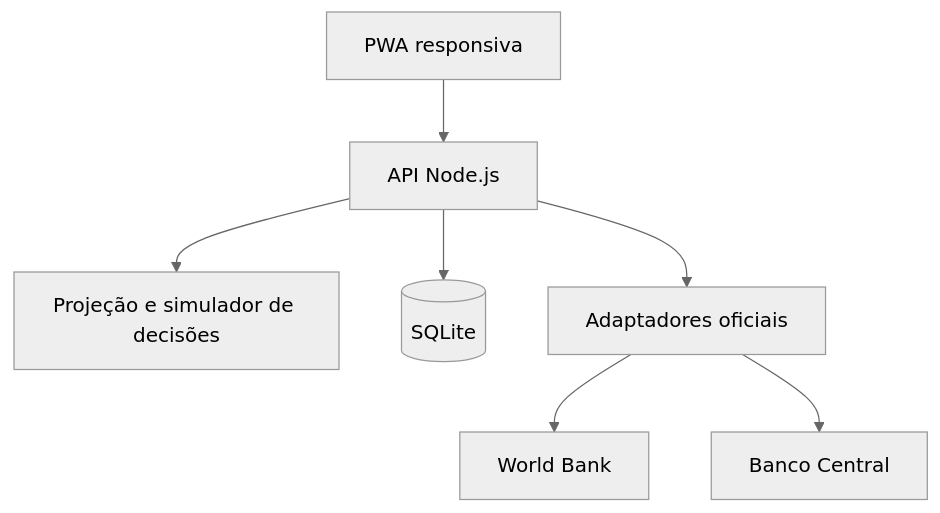
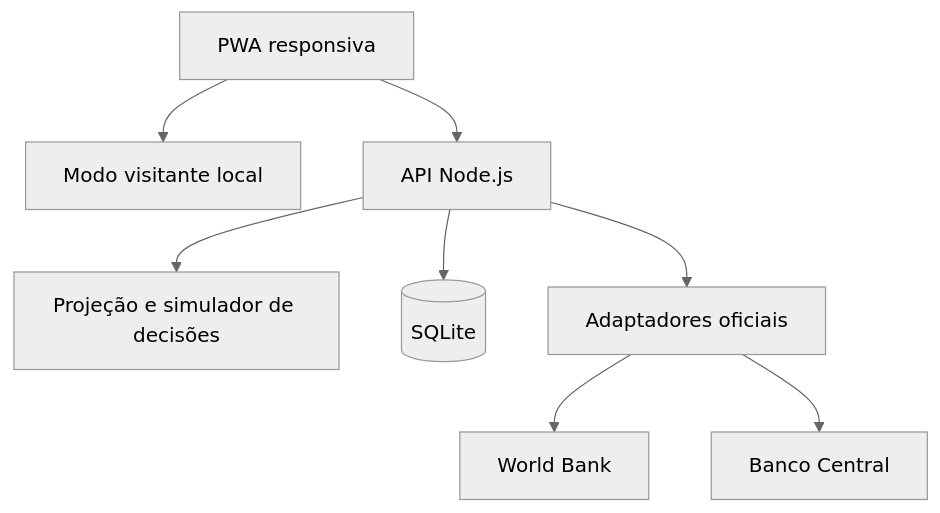
The diagram in README.md (Sembla/Saldo-Real), drawn with Mermaid (neutral theme) before and after one commit. The commit also changed other lines of this file and 14 other files, not shown here.

````diff
--- a/README.md
+++ b/README.md
@@ -71,9 +73,10 @@
 ```mermaid
 flowchart TD
-  UI["PWA responsiva"] --> API["API Node.js"]
+  UI["PWA responsiva"] --> LOCAL["Modo visitante local"]
+  UI --> API["API Node.js"]
   API --> CORE["Projeção e simulador de decisões"]
   API --> DB[("SQLite")]
   API --> ADAPTERS["Adaptadores oficiais"]
   ADAPTERS --> WB["World Bank"]
   ADAPTERS --> BCB["Banco Central"]
 ```
````
